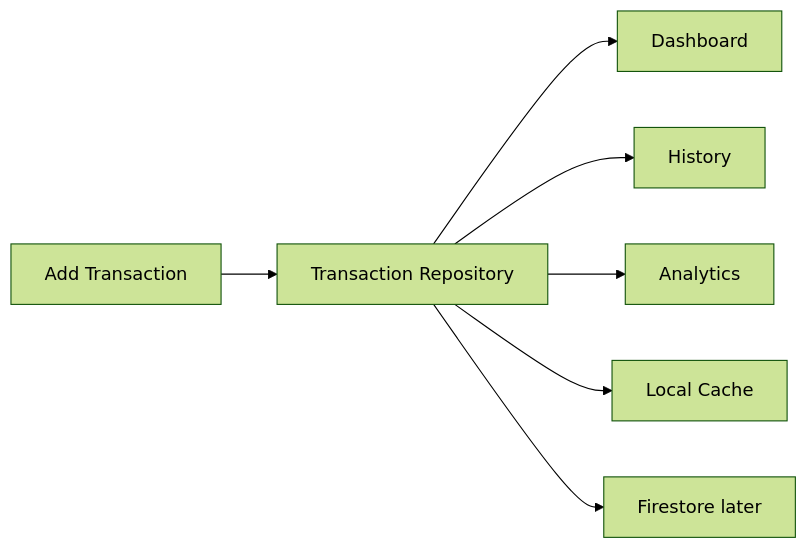
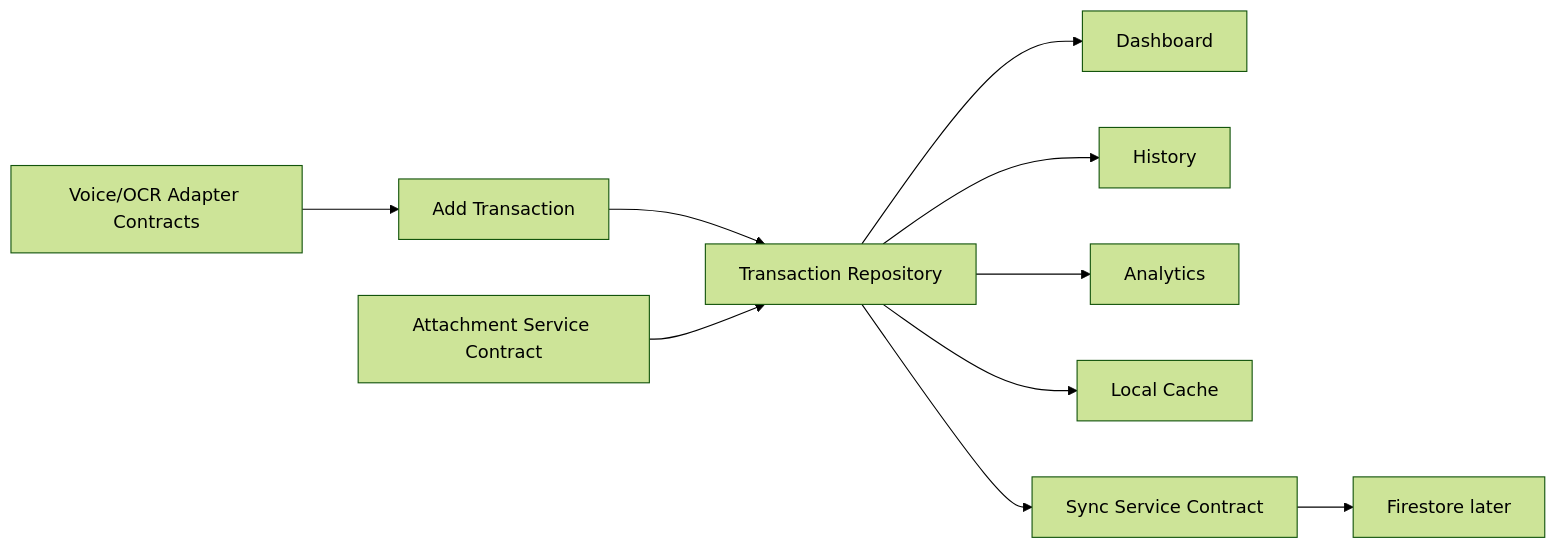
One commit to IamAhmadHabib/Expense-Snap changed the diagram in Memory_Expense_Snap/02_Architecture/Data Flow.md. Above: the diagram before and after it, drawn with Mermaid (forest theme). The commit also changed other lines of this file and 82 other files, not shown here.

Commit message:
feat: connect local app flow and polish Kharcha UI

````diff
--- a/Memory_Expense_Snap/02_Architecture/Data Flow.md
+++ b/Memory_Expense_Snap/02_Architecture/Data Flow.md
@@ -13,9 +13,12 @@
 ```mermaid
 flowchart LR
   A["Add Transaction"] --> B["Transaction Repository"]
   B --> C["Dashboard"]
   B --> D["History"]
   B --> E["Analytics"]
   B --> F["Local Cache"]
-  B --> G["Firestore later"]
+  B --> G["Sync Service Contract"]
+  G --> H["Firestore later"]
+  I["Voice/OCR Adapter Contracts"] --> A
+  J["Attachment Service Contract"] --> B
 ```
````
